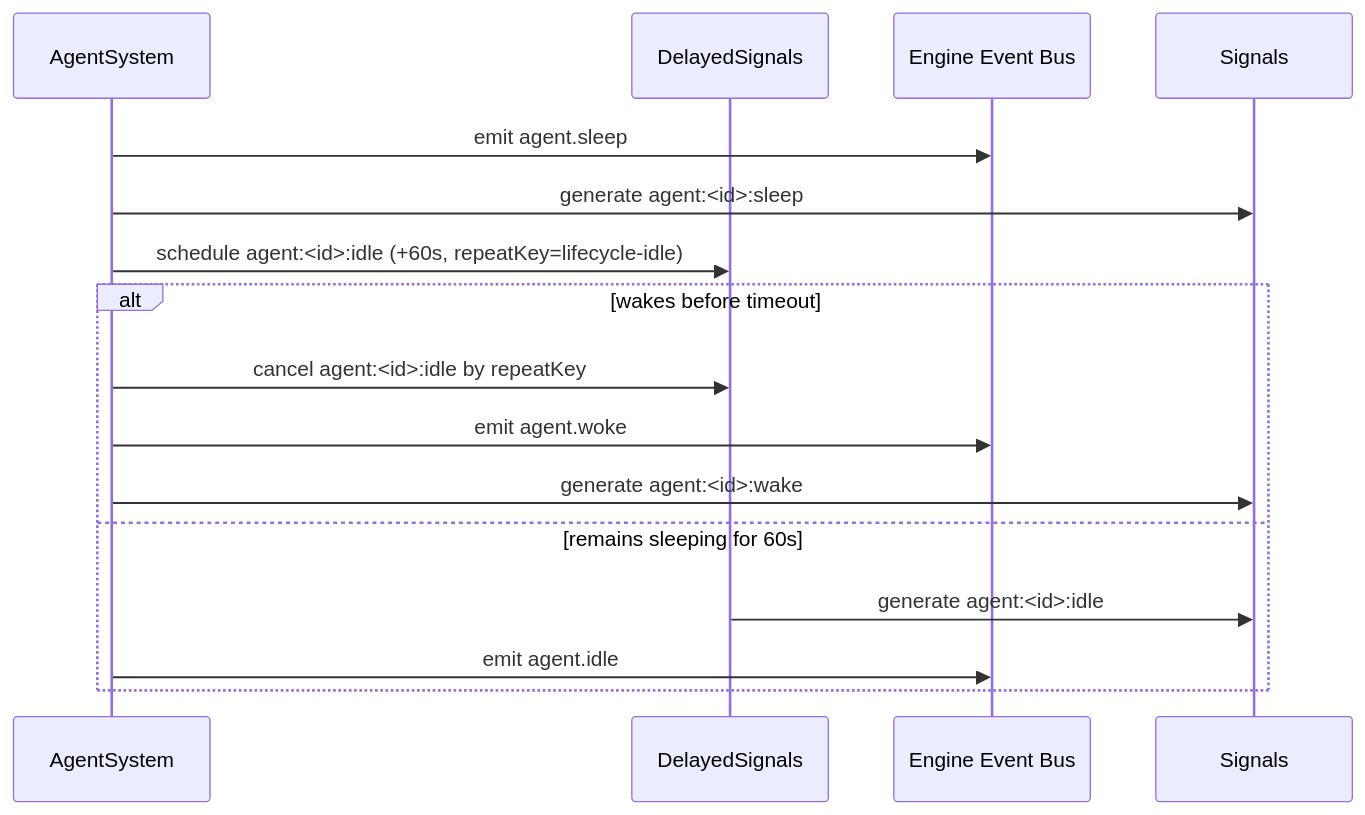
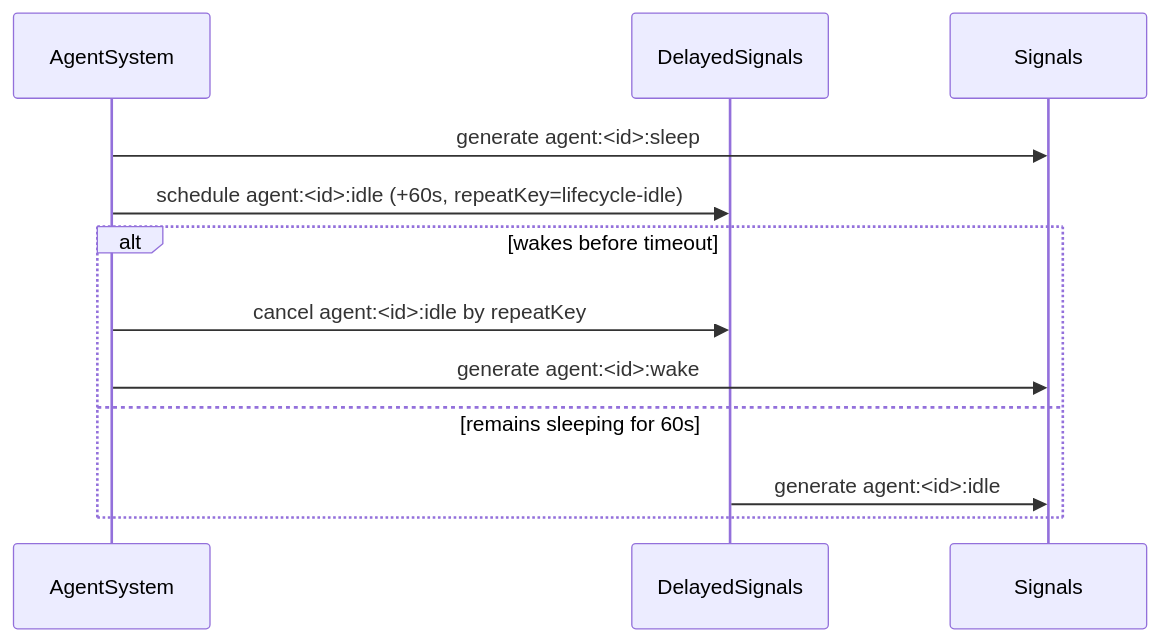
The diagram in docs/agent-idle-event.md (ex3ndr/daycare), drawn with Mermaid before and after one commit. The commit also changed other lines of this file and 2 other files, not shown here.

Commit message:
refactor(agent): remove idle compatibility bridge

````diff
--- a/docs/agent-idle-event.md
+++ b/docs/agent-idle-event.md
@@ -16,20 +13,16 @@
 ```mermaid
 sequenceDiagram
     participant A as AgentSystem
     participant D as DelayedSignals
-    participant E as Engine Event Bus
     participant S as Signals
 
-    A->>E: emit agent.sleep
     A->>S: generate agent:<id>:sleep
     A->>D: schedule agent:<id>:idle (+60s, repeatKey=lifecycle-idle)
 
     alt wakes before timeout
         A->>D: cancel agent:<id>:idle by repeatKey
-        A->>E: emit agent.woke
         A->>S: generate agent:<id>:wake
     else remains sleeping for 60s
         D->>S: generate agent:<id>:idle
-        A->>E: emit agent.idle
     end
 ```
````
